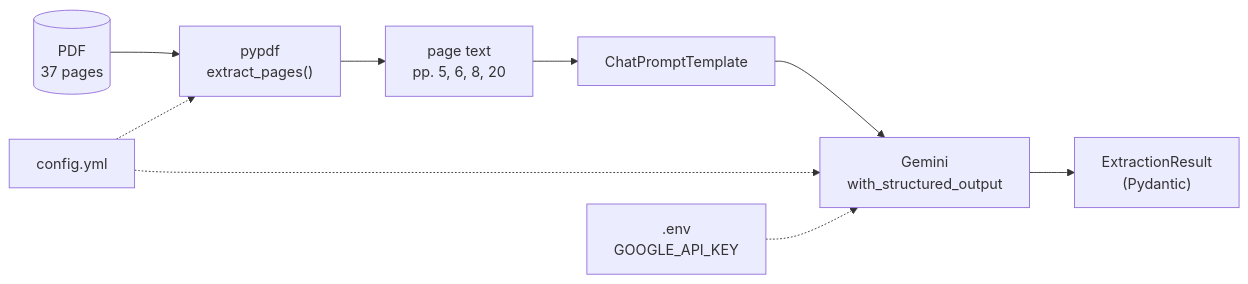
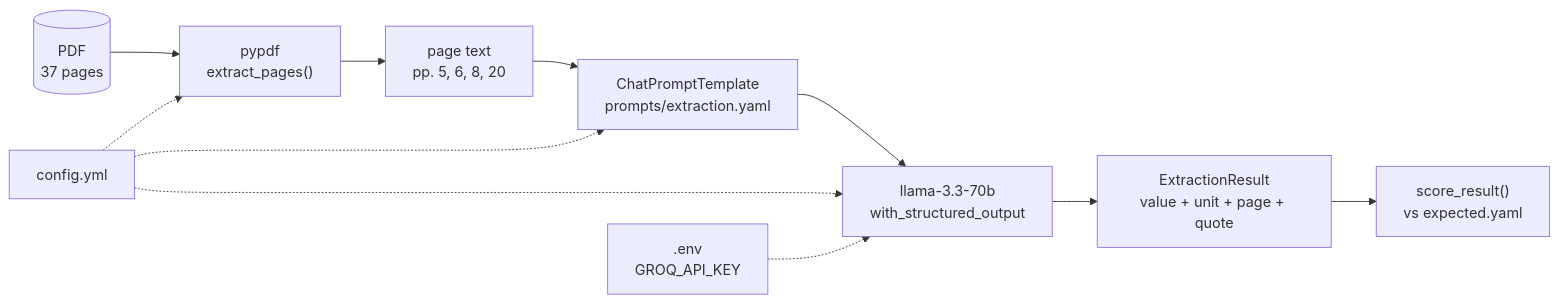
One commit to thepetitegirl/structural-extanalyzer changed the diagram in README.md. Above: the diagram before and after it, drawn with Mermaid. The commit also changed other lines of this file and 10 other files, not shown here.

Commit message:
feat (part1): extract five fields with LangChain structured output

````diff
--- a/README.md
+++ b/README.md
@@ -9,12 +9,14 @@
 ```mermaid
 flowchart LR
     PDF[("PDF<br/>37 pages")] --> P["pypdf<br/>extract_pages()"]
     P --> T["page text<br/>pp. 5, 6, 8, 20"]
-    T --> C["ChatPromptTemplate"]
-    C --> L["Gemini<br/>with_structured_output"]
-    L --> R["ExtractionResult<br/>(Pydantic)"]
+    T --> C["ChatPromptTemplate<br/>prompts/extraction.yaml"]
+    C --> L["llama-3.3-70b<br/>with_structured_output"]
+    L --> R["ExtractionResult<br/>value + unit + page + quote"]
+    R --> E["score_result()<br/>vs expected.yaml"]
 
     CFG["config.yml"] -.-> P
+    CFG -.-> C
     CFG -.-> L
-    ENV[".env<br/>GOOGLE_API_KEY"] -.-> L
+    ENV[".env<br/>GROQ_API_KEY"] -.-> L
 ```
````
